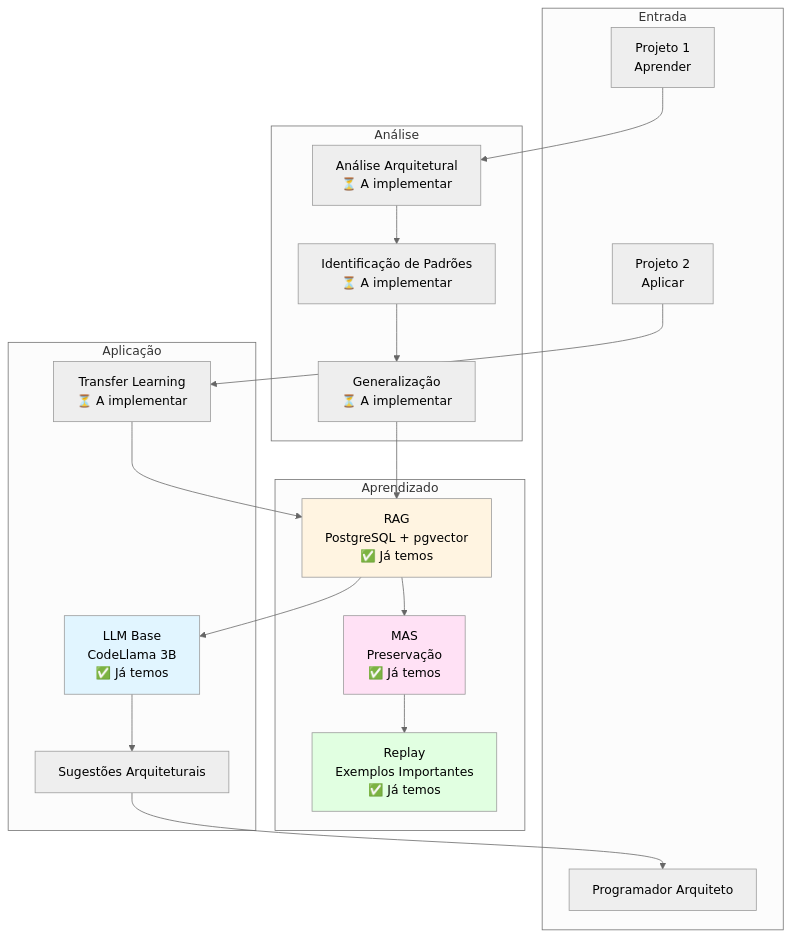
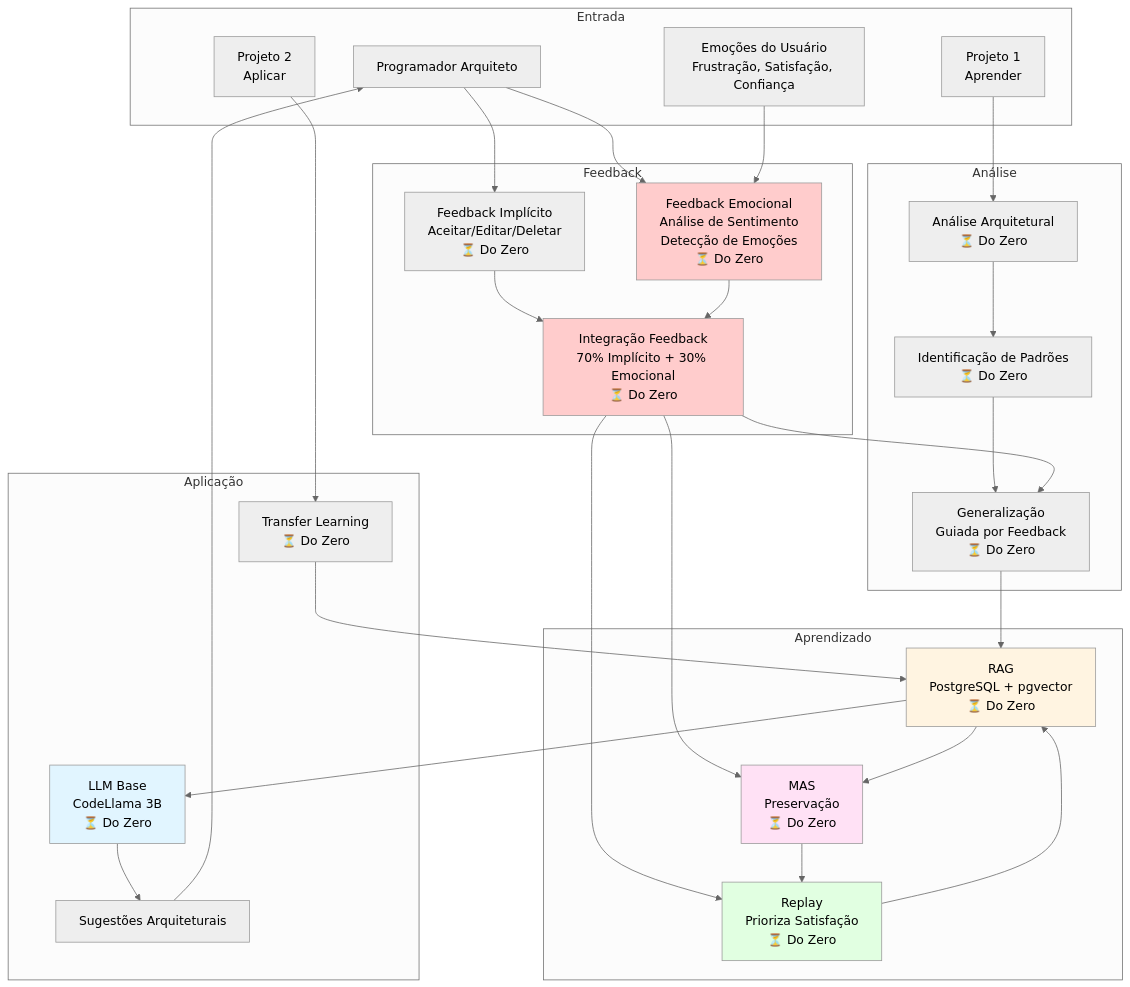
The first of 2 diagrams in docs/mvp-general-assistant/MVP-GENERAL-CODE-ASSISTANT-2025.md (gabrielcardoso21/npllm), drawn with Mermaid (neutral theme) before and after one commit. The commit also changed other lines of this file, not shown here.

Commit message:
docs: Atualiza MVP com feedback emocional essencial e decisão de começar do zero

````diff
--- a/docs/mvp-general-assistant/MVP-GENERAL-CODE-ASSISTANT-2025.md
+++ b/docs/mvp-general-assistant/MVP-GENERAL-CODE-ASSISTANT-2025.md
@@ -355,44 +453,65 @@
 ```mermaid
 graph TB
     subgraph "Entrada"
         USER[Programador Arquiteto]
         PROJ1[Projeto 1<br/>Aprender]
         PROJ2[Projeto 2<br/>Aplicar]
+        EMOTION[Emoções do Usuário<br/>Frustração, Satisfação, Confiança]
+    end
+    
+    subgraph "Feedback"
+        IMPLICIT[Feedback Implícito<br/>Aceitar/Editar/Deletar<br/>⏳ Do Zero]
+        EMOTIONAL[Feedback Emocional<br/>Análise de Sentimento<br/>Detecção de Emoções<br/>⏳ Do Zero]
+        INTEGRATE[Integração Feedback<br/>70% Implícito + 30% Emocional<br/>⏳ Do Zero]
     end
     
     subgraph "Análise"
-        ANALYZE[Análise Arquitetural<br/>⏳ A implementar]
-        PATTERNS[Identificação de Padrões<br/>⏳ A implementar]
-        GENERALIZE[Generalização<br/>⏳ A implementar]
+        ANALYZE[Análise Arquitetural<br/>⏳ Do Zero]
+        PATTERNS[Identificação de Padrões<br/>⏳ Do Zero]
+        GENERALIZE[Generalização<br/>Guiada por Feedback<br/>⏳ Do Zero]
     end
     
     subgraph "Aprendizado"
-        RAG[RAG<br/>PostgreSQL + pgvector<br/>✅ Já temos]
-        MAS[MAS<br/>Preservação<br/>✅ Já temos]
-        REPLAY[Replay<br/>Exemplos Importantes<br/>✅ Já temos]
+        RAG[RAG<br/>PostgreSQL + pgvector<br/>⏳ Do Zero]
+        MAS[MAS<br/>Preservação<br/>⏳ Do Zero]
+        REPLAY[Replay<br/>Prioriza Satisfação<br/>⏳ Do Zero]
     end
     
     subgraph "Aplicação"
-        LLM[LLM Base<br/>CodeLlama 3B<br/>✅ Já temos]
-        TRANSFER[Transfer Learning<br/>⏳ A implementar]
+        LLM[LLM Base<br/>CodeLlama 3B<br/>⏳ Do Zero]
+        TRANSFER[Transfer Learning<br/>⏳ Do Zero]
         SUGGEST[Sugestões Arquiteturais]
     end
     
     PROJ1 --> ANALYZE
     ANALYZE --> PATTERNS
     PATTERNS --> GENERALIZE
     GENERALIZE --> RAG
+    
+    USER --> IMPLICIT
+    USER --> EMOTIONAL
+    EMOTION --> EMOTIONAL
+    IMPLICIT --> INTEGRATE
+    EMOTIONAL --> INTEGRATE
+    
+    INTEGRATE --> GENERALIZE
+    INTEGRATE --> REPLAY
+    INTEGRATE --> MAS
+    
     RAG --> MAS
     MAS --> REPLAY
+    REPLAY --> RAG
     
     PROJ2 --> TRANSFER
     TRANSFER --> RAG
     RAG --> LLM
     LLM --> SUGGEST
     SUGGEST --> USER
     
+    style EMOTIONAL fill:#ffcccc
+    style INTEGRATE fill:#ffcccc
     style RAG fill:#fff4e1
     style MAS fill:#ffe1f5
     style REPLAY fill:#e1ffe1
     style LLM fill:#e1f5ff
 ```
````
